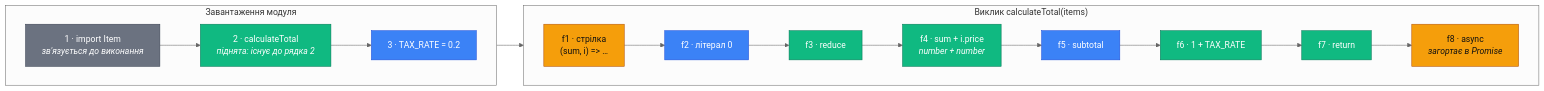
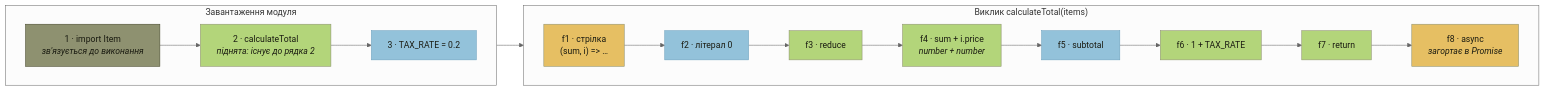
Before and after one commit to ZhekaGrem/code-visual-guide: the fourth of 4 diagrams in README.md, drawn with Mermaid (neutral theme). The commit also changed other lines of this file and 2 other files, not shown here.

First line of the commit message:
docs(code-anatomy): describe the interactive graph, the player and the themes

````diff
--- a/README.md
+++ b/README.md
@@ -63,27 +63,27 @@
 ```mermaid
 flowchart LR
     subgraph M["Завантаження модуля"]
         direction LR
         m1["1 · import Item<br/><i>зв'язується до виконання</i>"]:::struct
         m2["2 · calculateTotal<br/><i>піднята: існує до рядка 2</i>"]:::op
         m3["3 · TAX_RATE = 0.2"]:::data
         m1 --> m2 --> m3
     end
     subgraph F["Виклик calculateTotal(items)"]
         direction LR
         f1["f1 · стрілка<br/>(sum, i) => …"]:::sugar
         f2["f2 · літерал 0"]:::data
         f3["f3 · reduce"]:::op
         f4["f4 · sum + i.price<br/><i>number + number</i>"]:::op
         f5["f5 · subtotal"]:::data
         f6["f6 · 1 + TAX_RATE"]:::op
         f7["f7 · return"]:::op
         f8["f8 · async<br/><i>загортає в Promise</i>"]:::sugar
         f1 --> f2 --> f3 --> f4 --> f5 --> f6 --> f7 --> f8
     end
     M --> F
-    classDef data fill:#3B82F6,stroke:#1D4ED8,color:#fff
-    classDef op fill:#10B981,stroke:#047857,color:#fff
-    classDef sugar fill:#F59E0B,stroke:#B45309,color:#111
-    classDef struct fill:#6B7280,stroke:#374151,color:#fff
+    classDef data fill:#93C2DA,stroke:#6A9FBC,color:#1A1B11
+    classDef op fill:#B3D57A,stroke:#8E9170,color:#1A1B11
+    classDef sugar fill:#E6BF63,stroke:#8E9170,color:#1A1B11
+    classDef struct fill:#8E9170,stroke:#44472A,color:#1A1B11
 ```
````
